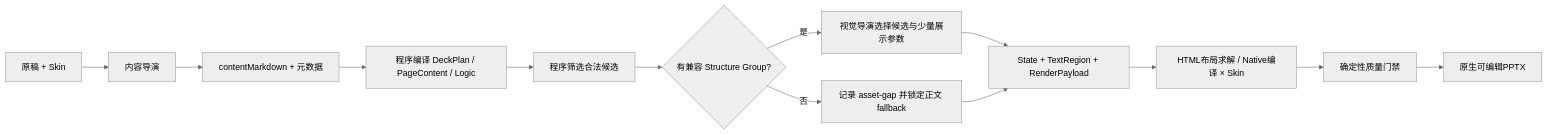
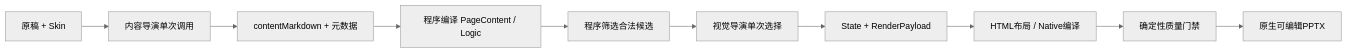
One commit to NEUwpy/PPagenT changed the first of 2 diagrams in docs/工作流/正式生成/工作流.md. Above: the diagram before and after it, drawn with Mermaid (neutral theme). The commit also changed other lines of this file and 8 other files, not shown here.

````diff
--- a/docs/工作流/正式生成/工作流.md
+++ b/docs/工作流/正式生成/工作流.md
@@ -9,15 +9,12 @@
 ```mermaid
 flowchart LR
-    A["原稿 + Skin"] --> B["内容导演"]
+    A["原稿 + Skin"] --> B["内容导演单次调用"]
     B --> C["contentMarkdown + 元数据"]
-    C --> D["程序编译 DeckPlan / PageContent / Logic"]
+    C --> D["程序编译 PageContent / Logic"]
     D --> E["程序筛选合法候选"]
-    E --> F{"有兼容 Structure Group?"}
-    F -->|是| G["视觉导演选择候选与少量展示参数"]
-    F -->|否| H["记录 asset-gap 并锁定正文 fallback"]
-    G --> I["State + TextRegion + RenderPayload"]
-    H --> I
-    I --> J["HTML布局求解 / Native编译 × Skin"]
-    J --> K["确定性质量门禁"]
-    K --> L["原生可编辑PPTX"]
+    E --> F["视觉导演单次选择"]
+    F --> G["State + RenderPayload"]
+    G --> H["HTML布局 / Native编译"]
+    H --> I["确定性质量门禁"]
+    I --> J["原生可编辑PPTX"]
 ```
````
